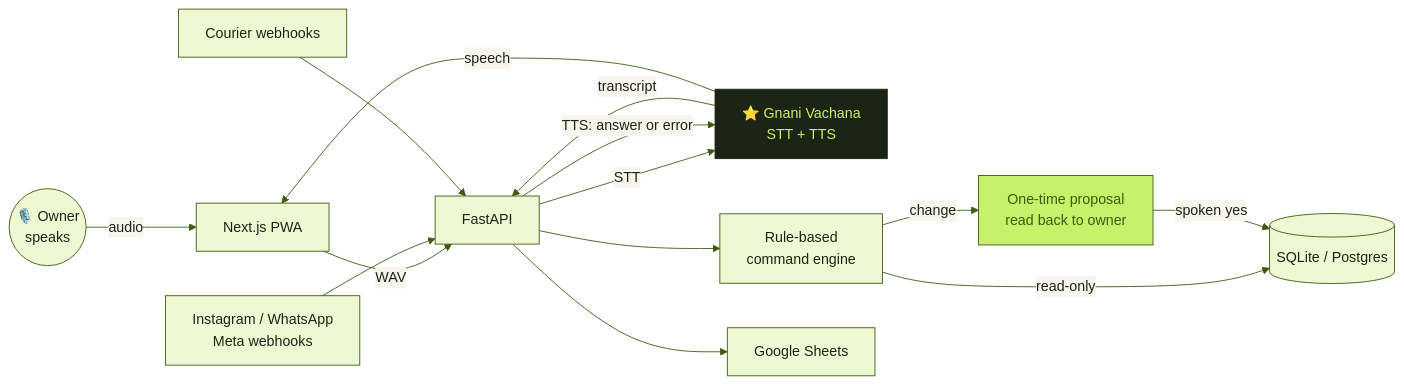
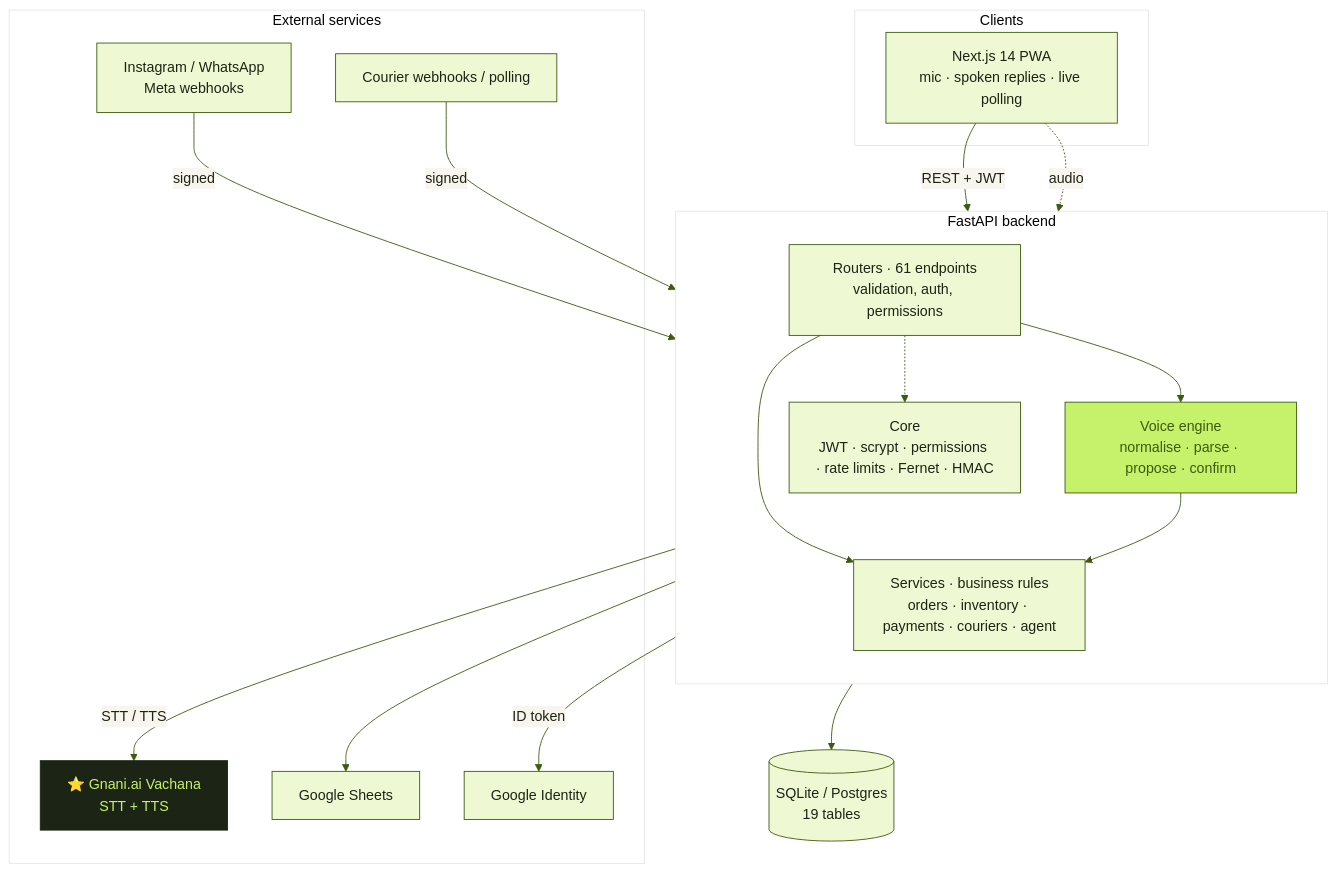
One commit to AaliyaKhan25/factor changed the first of 4 diagrams in README.md. Above: the diagram before and after it, drawn with Mermaid. The commit also changed other lines of this file, not shown here.

````diff
--- a/README.md
+++ b/README.md
@@ -152,19 +186,36 @@
 ```mermaid
 %%{init: {'theme':'base','themeVariables':{'primaryColor':'#eef9d3','primaryTextColor':'#1c2415','primaryBorderColor':'#3d5a0f','lineColor':'#3d5a0f','secondaryColor':'#f7f5ee','tertiaryColor':'#ffffff','fontFamily':'Inter, Segoe UI, sans-serif'}}}%%
-flowchart LR
-  Owner(("🎙️ Owner<br/>speaks")) -->|audio| Web["Next.js PWA"]
-  Web -->|WAV| API["FastAPI"]
-  API -->|"STT"| Gnani["⭐ Gnani Vachana<br/>STT + TTS"]
-  Gnani -->|transcript| API
-  API --> Parser["Rule-based<br/>command engine"]
-  Parser -->|read-only| DB[("SQLite / Postgres")]
-  Parser -->|change| Proposal["One-time proposal<br/>read back to owner"]
-  Proposal -->|spoken yes| DB
-  API -->|"TTS: answer or error"| Gnani
-  Gnani -->|speech| Web
-  Meta["Instagram / WhatsApp<br/>Meta webhooks"] --> API
-  Courier["Courier webhooks"] --> API
-  API --> Sheets["Google Sheets"]
+flowchart TB
+  subgraph Clients["Clients"]
+    PWA["Next.js 14 PWA<br/>mic · spoken replies · live polling"]
+  end
+  subgraph Edge["External services"]
+    Gnani["⭐ Gnani.ai Vachana<br/>STT + TTS"]
+    Meta["Instagram / WhatsApp<br/>Meta webhooks"]
+    Couriers["Courier webhooks / polling"]
+    GS["Google Sheets"]
+    GID["Google Identity"]
+  end
+  subgraph API["FastAPI backend"]
+    direction TB
+    R["Routers · 61 endpoints<br/>validation, auth, permissions"]
+    S["Services · business rules<br/>orders · inventory · payments · couriers · agent"]
+    V["Voice engine<br/>normalise · parse · propose · confirm"]
+    C["Core<br/>JWT · scrypt · permissions · rate limits · Fernet · HMAC"]
+  end
+  DB[("SQLite / Postgres<br/>19 tables")]
+  PWA -->|REST + JWT| R
+  PWA -.->|audio| R
+  R --> S
+  R --> V
+  V --> S
+  S --> DB
+  V -->|STT / TTS| Gnani
+  Meta -->|signed| R
+  Couriers -->|signed| R
+  S --> GS
+  R -->|ID token| GID
+  R -.-> C
   style Gnani fill:#1c2415,color:#c5f26a,stroke:#1c2415
-  style Proposal fill:#c5f26a,color:#3d5a0f,stroke:#3d5a0f
+  style V fill:#c5f26a,color:#3d5a0f,stroke:#3d5a0f
 ```
````
